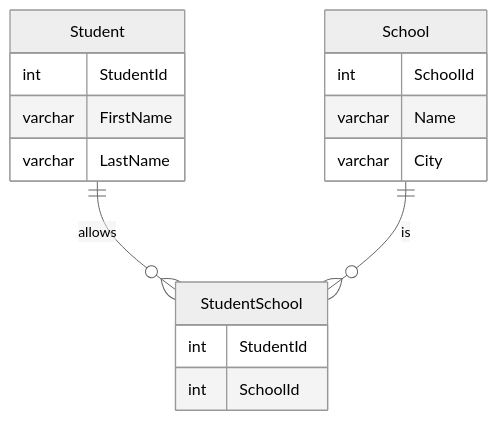
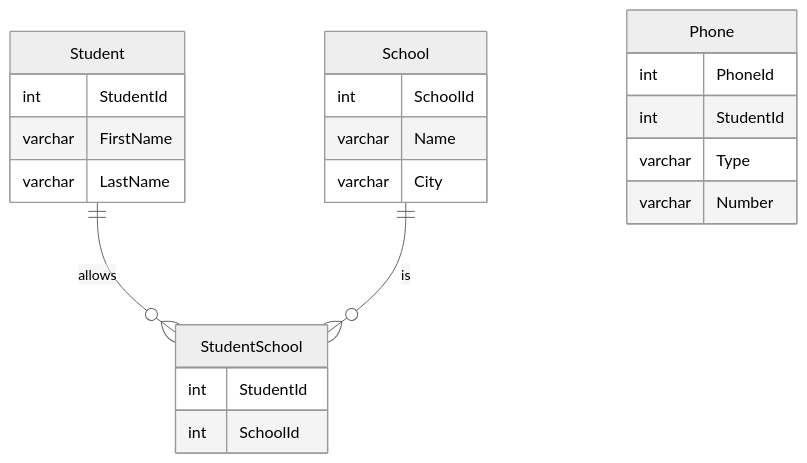
One commit to Ensosense/db-poject-2022 changed the diagram in README.md. Above: the diagram before and after it, drawn with Mermaid (neutral theme).

Commit message:
Update README.md
Created Phone column er diagram

````diff
--- a/README.md
+++ b/README.md
@@ -3,23 +3,31 @@
 ```mermaid
 erDiagram
 
 
 Student ||--o{ StudentSchool : allows
 Student {
   int StudentId
   varchar FirstName
   varchar LastName
 }
 School ||--o{ StudentSchool : is
 School {
   int SchoolId
   varchar Name
   varchar City
 }
 
 
 StudentSchool { 
 int StudentId
 int SchoolId
 }
+
+Phone {
+int PhoneId
+int StudentId
+varchar Type
+varchar Number
+}
+
 ```
````
